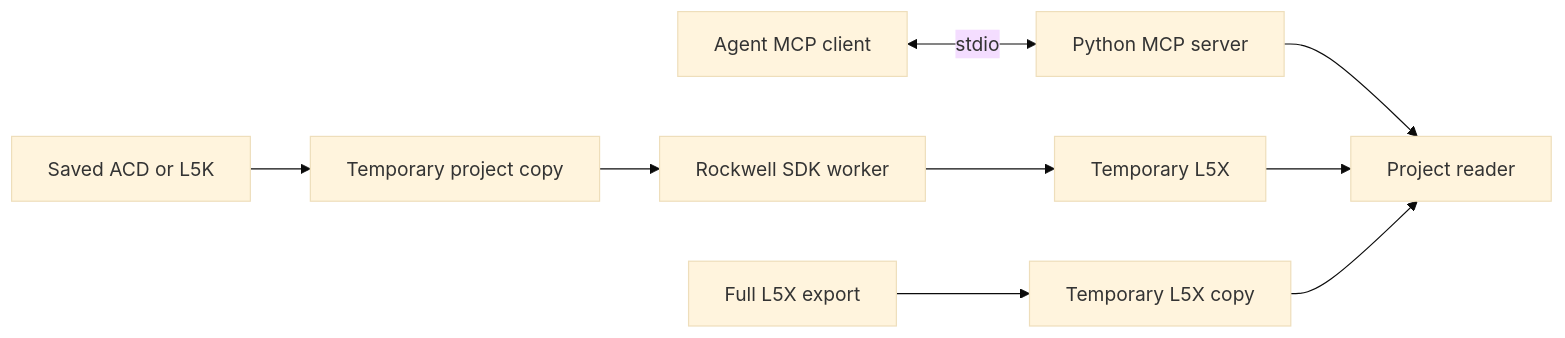
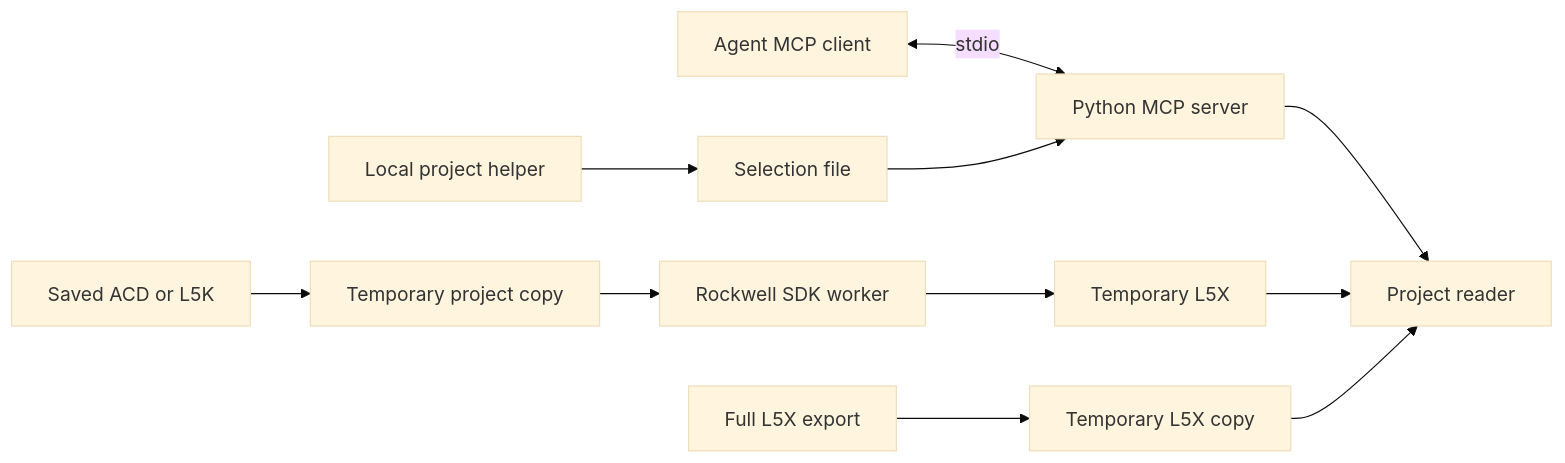
One commit to sergiogallegos/logix-project-mcp changed the diagram in docs/architecture.md. Above: the diagram before and after it, drawn with Mermaid (base theme). The commit also changed other lines of this file and 13 other files, not shown here.

````diff
--- a/docs/architecture.md
+++ b/docs/architecture.md
@@ -5,11 +5,13 @@
 ```mermaid
 flowchart LR
     Client[Agent MCP client] <-->|stdio| Server[Python MCP server]
+    Engineer[Local project helper] --> Selection[Selection file]
+    Selection --> Server
     Server --> Reader[Project reader]
     ACD[Saved ACD or L5K] --> Snapshot[Temporary project copy]
     Snapshot --> SDK[Rockwell SDK worker]
     SDK --> Export[Temporary L5X]
     Export --> Reader
     L5X[Full L5X export] --> Copy[Temporary L5X copy]
     Copy --> Reader
 ```
````
